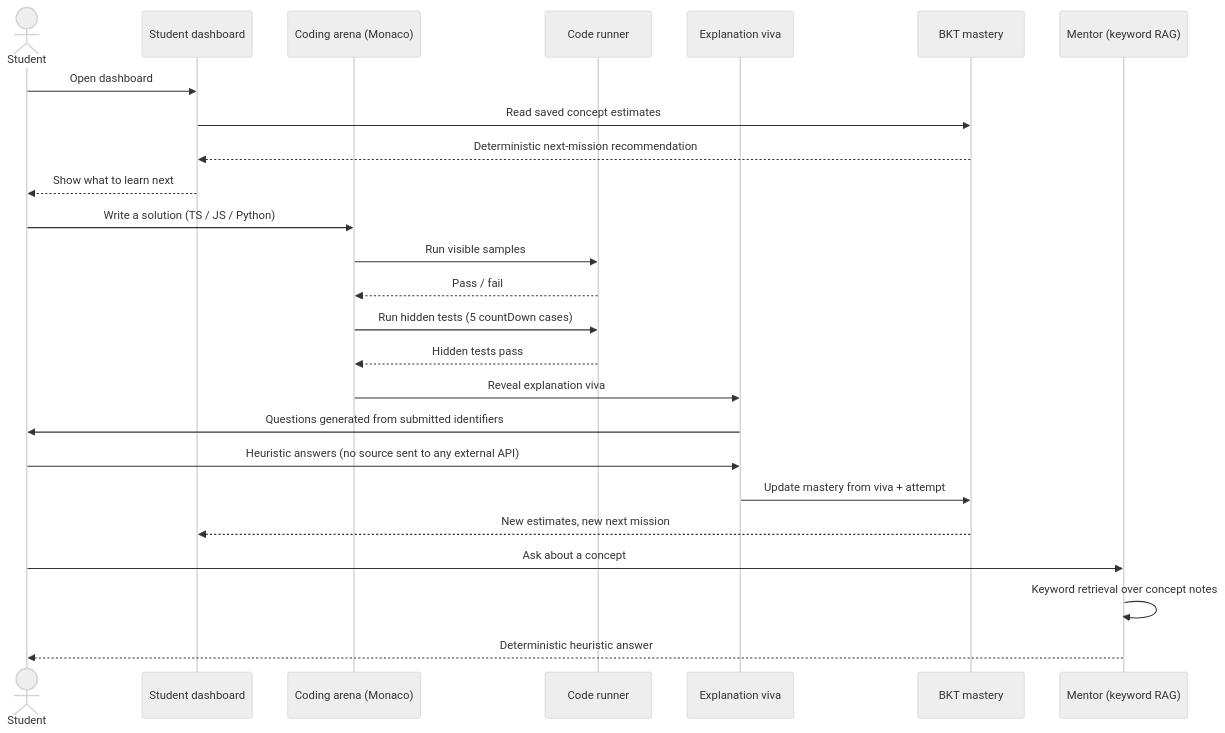
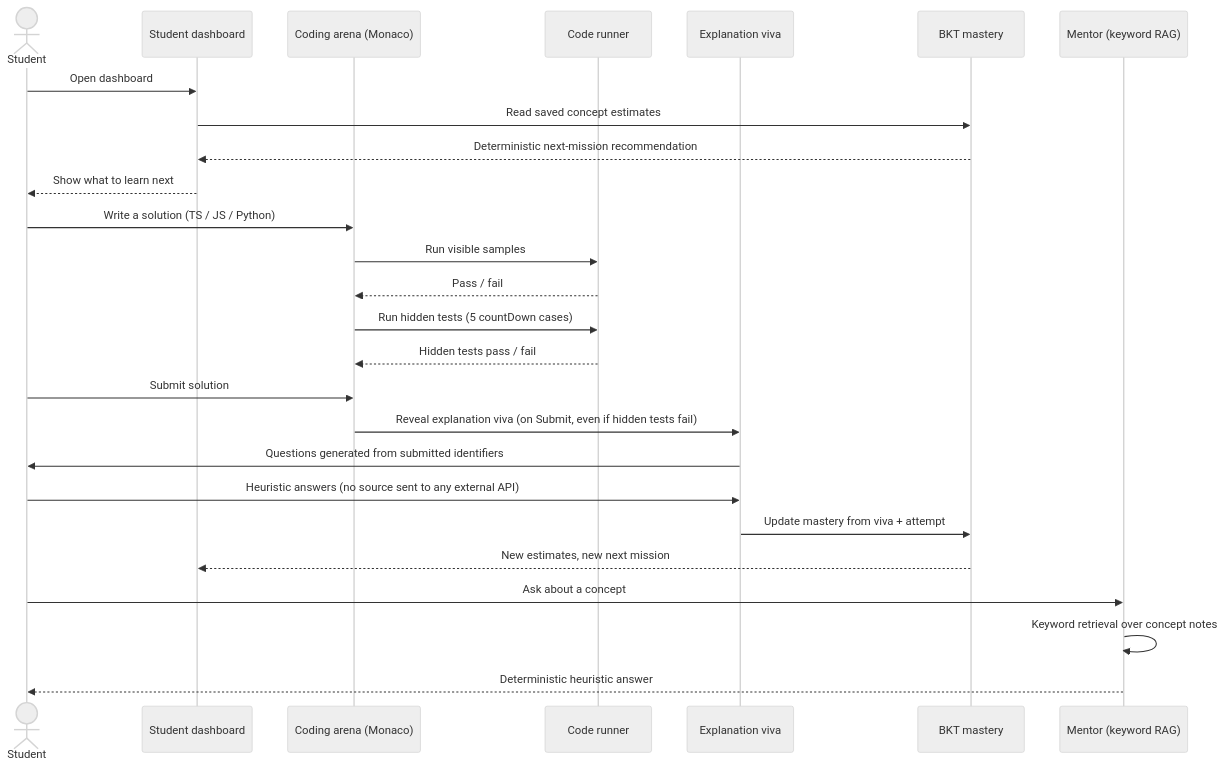
Before and after one commit to thiteswapnil1212-hue/skillpath: the first of 4 diagrams in README.md, drawn with Mermaid (neutral theme). The commit also changed other lines of this file, not shown here.

Commit message:
Docs: detailed README — landing screenshot, Supabase ERD, deployment diagram

````diff
--- a/README.md
+++ b/README.md
@@ -30,28 +36,29 @@
 ```mermaid
 sequenceDiagram
     actor Student
     participant Dashboard as Student dashboard
     participant Arena as Coding arena (Monaco)
     participant Runner as Code runner
     participant Viva as Explanation viva
     participant BKT as BKT mastery
     participant Mentor as Mentor (keyword RAG)
 
     Student->>Dashboard: Open dashboard
     Dashboard->>BKT: Read saved concept estimates
     BKT-->>Dashboard: Deterministic next-mission recommendation
     Dashboard-->>Student: Show what to learn next
     Student->>Arena: Write a solution (TS / JS / Python)
     Arena->>Runner: Run visible samples
     Runner-->>Arena: Pass / fail
     Arena->>Runner: Run hidden tests (5 countDown cases)
-    Runner-->>Arena: Hidden tests pass
-    Arena->>Viva: Reveal explanation viva
+    Runner-->>Arena: Hidden tests pass / fail
+    Student->>Arena: Submit solution
+    Arena->>Viva: Reveal explanation viva (on Submit, even if hidden tests fail)
     Viva->>Student: Questions generated from submitted identifiers
     Student->>Viva: Heuristic answers (no source sent to any external API)
     Viva->>BKT: Update mastery from viva + attempt
     BKT-->>Dashboard: New estimates, new next mission
     Student->>Mentor: Ask about a concept
     Mentor->>Mentor: Keyword retrieval over concept notes
     Mentor-->>Student: Deterministic heuristic answer
 ```
````
